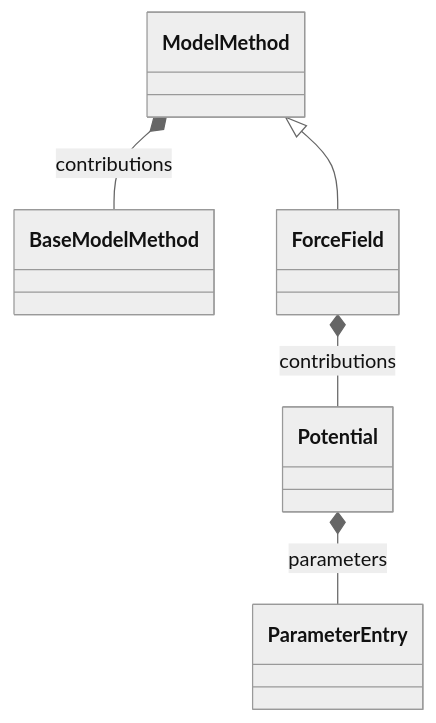
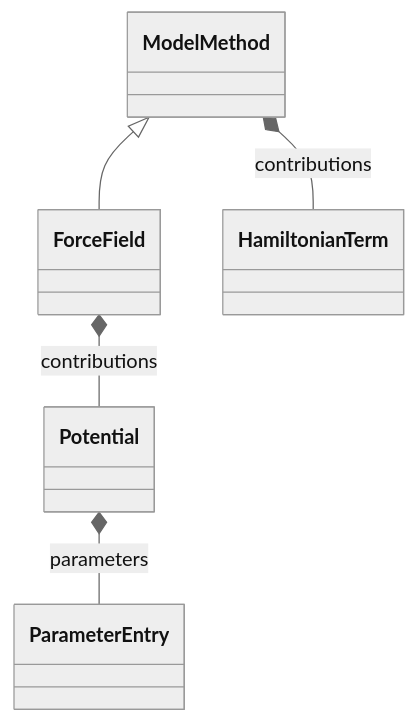
Before and after one commit to FAIRmat-NFDI/nomad-simulations: the diagram in docs/schema/force_field.diagram.md, drawn with Mermaid (neutral theme). The commit also changed 9 other files, not shown here.

````diff
--- a/docs/schema/force_field.diagram.md
+++ b/docs/schema/force_field.diagram.md
@@ -14,17 +14,17 @@
 ```mermaid
 classDiagram
-    class BaseModelMethod {
+    class ForceField {
     }
-    class ForceField {
+    class HamiltonianTerm {
     }
     class ModelMethod {
     }
     class ParameterEntry {
     }
     class Potential {
     }
     ModelMethod <|-- ForceField
     ForceField *-- Potential : contributions
-    ModelMethod *-- BaseModelMethod : contributions
+    ModelMethod *-- HamiltonianTerm : contributions
     Potential *-- ParameterEntry : parameters
 ```
````
